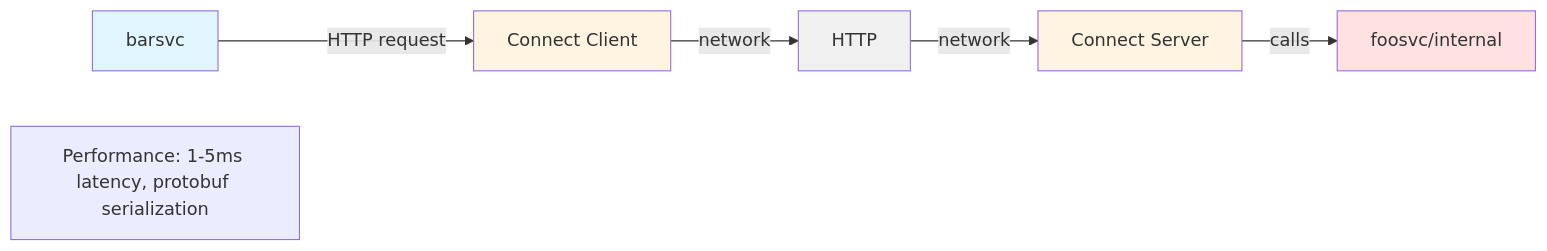
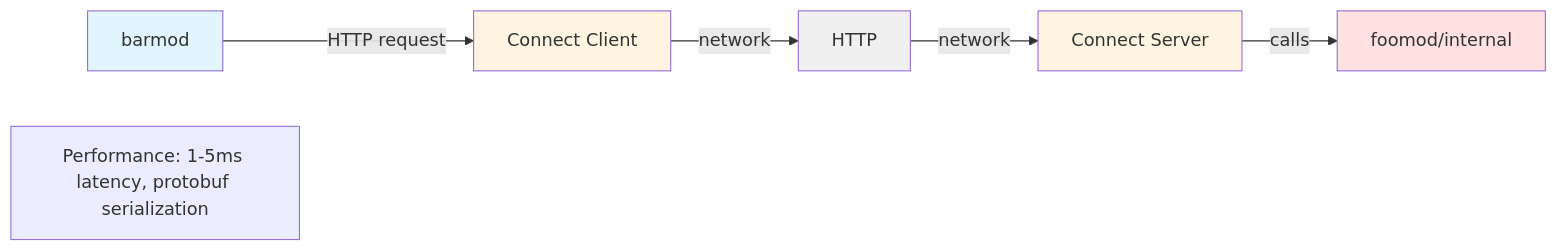
Before and after one commit to pivaldi/go-modular-monolith-white-paper: the third of 5 diagrams in white-paper.md, drawn with Mermaid. The commit also changed other lines of this file and 19 other files, not shown here.

````diff
--- a/white-paper.md
+++ b/white-paper.md
@@ -301,15 +301,15 @@
 ```mermaid
 graph LR
-    barsvc["barsvc"] -->|HTTP request| connect_client["Connect Client"]
+    barmod["barmod"] -->|HTTP request| connect_client["Connect Client"]
     connect_client -->|network| http["HTTP"]
     http -->|network| connect_server["Connect Server"]
-    connect_server -->|calls| foosvc_internal["foosvc/internal"]
+    connect_server -->|calls| foomod_internal["foomod/internal"]
 
     note["Performance: 1-5ms latency, protobuf serialization"]
 
-    style barsvc fill:#e1f5ff
+    style barmod fill:#e1f5ff
     style connect_client fill:#fff4e1
     style http fill:#f0f0f0
     style connect_server fill:#fff4e1
-    style foosvc_internal fill:#ffe1e1
+    style foomod_internal fill:#ffe1e1
 ```
````
